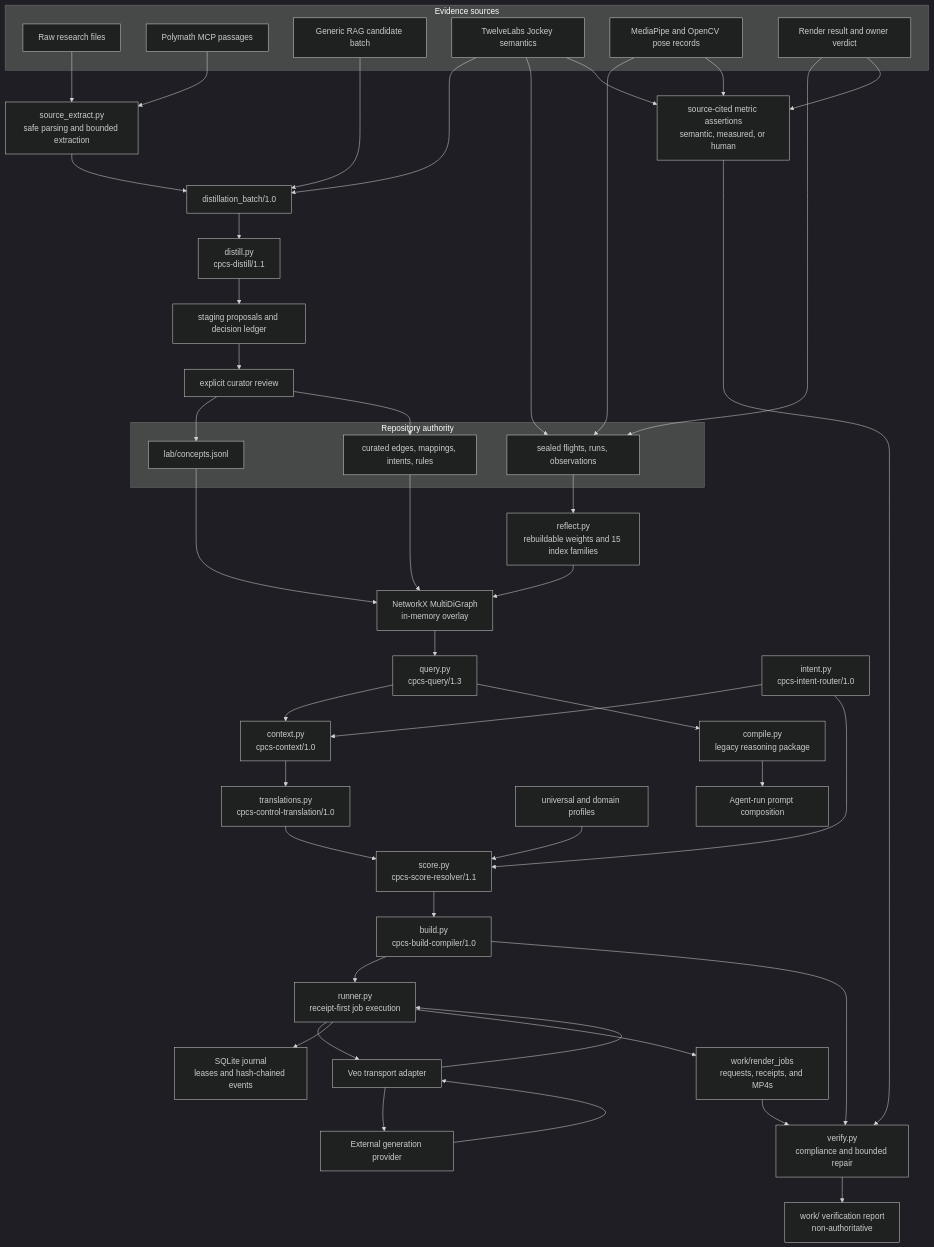
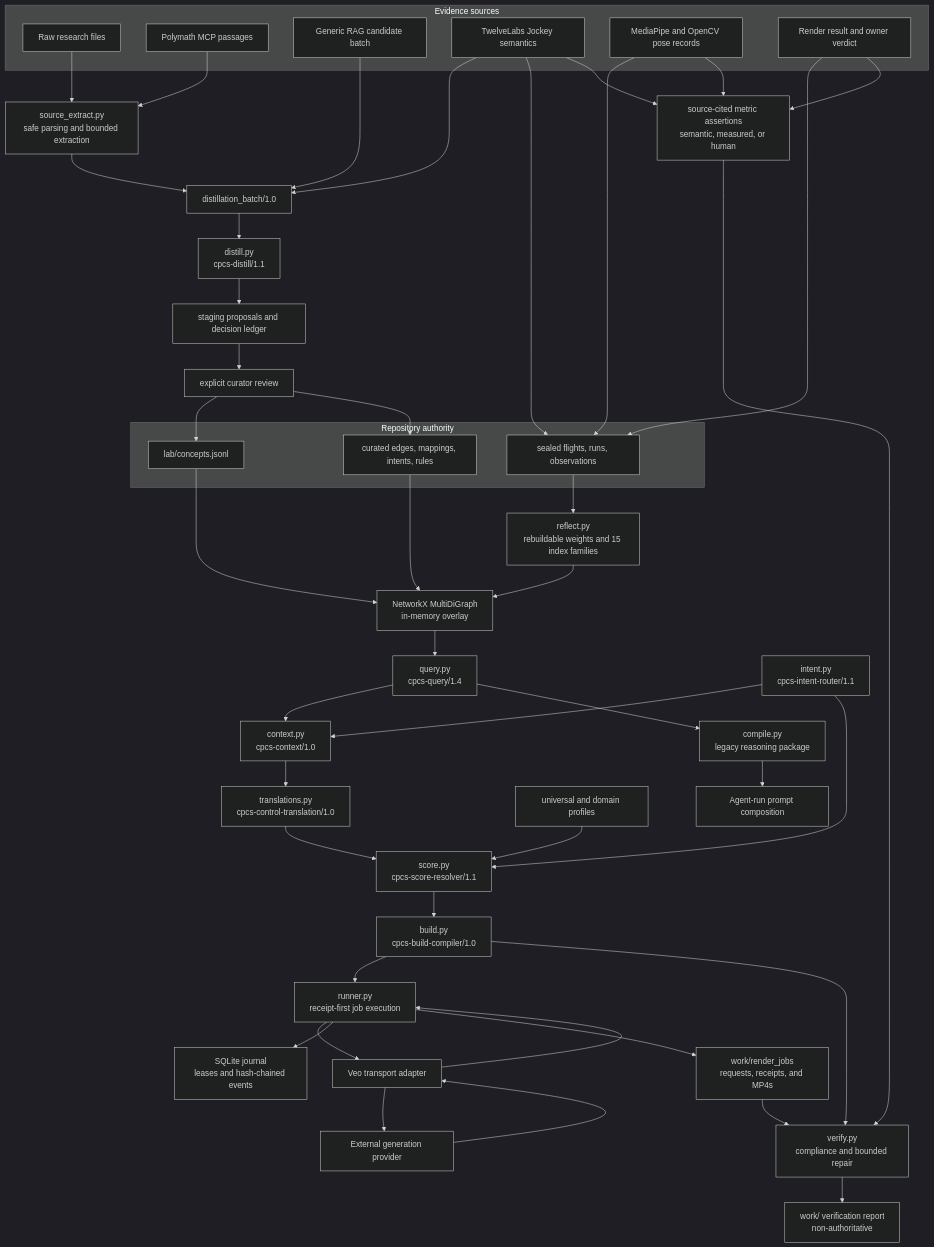
Before and after one commit to Kingsley-Cyber/ai-video-movement-prompt-system: the second of 3 diagrams in ARCHITECTURE.md, drawn with Mermaid (dark theme). The commit also changed other lines of this file and 17 other files, not shown here.

````diff
--- a/ARCHITECTURE.md
+++ b/ARCHITECTURE.md
@@ -571,74 +571,74 @@
 ```mermaid
 flowchart TB
     subgraph Sources["Evidence sources"]
         Raw["Raw research files"]
         Poly["Polymath MCP passages"]
         Generic["Generic RAG candidate batch"]
         Jockey["TwelveLabs Jockey semantics"]
         Pose["MediaPipe and OpenCV pose records"]
         Verdict["Render result and owner verdict"]
     end
 
     SourceExtract["source_extract.py\nsafe parsing and bounded extraction"]
     Batch["distillation_batch/1.0"]
     Distill["distill.py\ncpcs-distill/1.1"]
     Staging["staging proposals and decision ledger"]
     Review["explicit curator review"]
 
     subgraph Authority["Repository authority"]
         Concepts["lab/concepts.jsonl"]
         Curated["curated edges, mappings, intents, rules"]
         Immutable["sealed flights, runs, observations"]
     end
 
     Reflect["reflect.py\nrebuildable weights and 15 index families"]
     Graph["NetworkX MultiDiGraph\nin-memory overlay"]
-    Query["query.py\ncpcs-query/1.3"]
+    Query["query.py\ncpcs-query/1.4"]
     Context["context.py\ncpcs-context/1.0"]
-    Intent["intent.py\ncpcs-intent-router/1.0"]
+    Intent["intent.py\ncpcs-intent-router/1.1"]
     Translate["translations.py\ncpcs-control-translation/1.0"]
     Profiles["universal and domain profiles"]
     Score["score.py\ncpcs-score-resolver/1.1"]
     Compile["compile.py\nlegacy reasoning package"]
     Build["build.py\ncpcs-build-compiler/1.0"]
     Runner["runner.py\nreceipt-first job execution"]
     Journal["SQLite journal\nleases and hash-chained events"]
     Adapter["Veo transport adapter"]
     Artifacts["work/render_jobs\nrequests, receipts, and MP4s"]
     Evidence["source-cited metric assertions\nsemantic, measured, or human"]
     Verify["verify.py\ncompliance and bounded repair"]
     Diagnostics["work/ verification report\nnon-authoritative"]
     ManualPrompt["Agent-run prompt composition"]
     Provider["External generation provider"]
 
     Raw --> SourceExtract --> Batch
     Poly --> SourceExtract
     Generic --> Batch
     Jockey --> Batch
     Batch --> Distill --> Staging --> Review
     Review --> Concepts
     Review --> Curated
     Jockey --> Immutable
     Pose --> Immutable
     Verdict --> Immutable
     Immutable --> Reflect
     Reflect --> Graph
     Concepts --> Graph
     Curated --> Graph
     Graph --> Query --> Context
     Intent --> Context
     Intent --> Score
     Context --> Translate --> Score
     Profiles --> Score
     Score --> Build --> Runner --> Adapter --> Provider
     Provider --> Adapter --> Runner
     Runner --> Journal
     Runner --> Artifacts
     Jockey --> Evidence
     Pose --> Evidence
     Verdict --> Evidence
     Build --> Verify
     Artifacts --> Verify
     Evidence --> Verify --> Diagnostics
     Query --> Compile --> ManualPrompt
 ```
````
